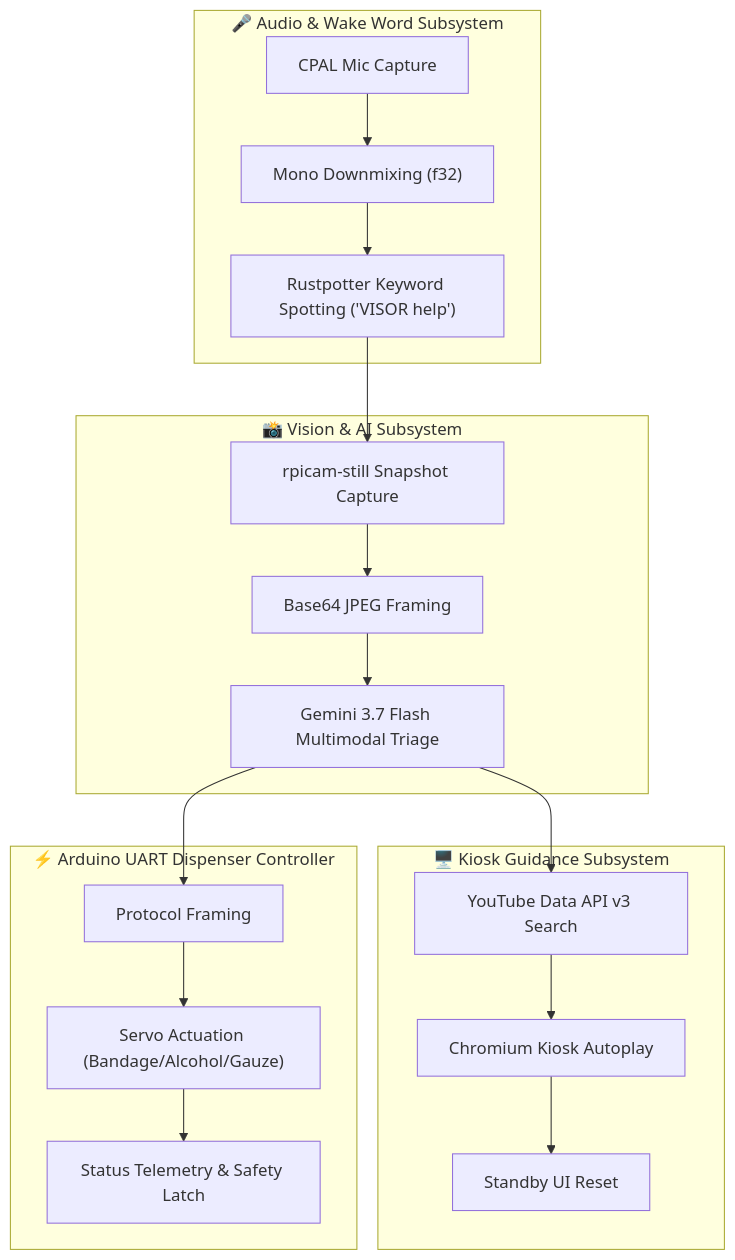
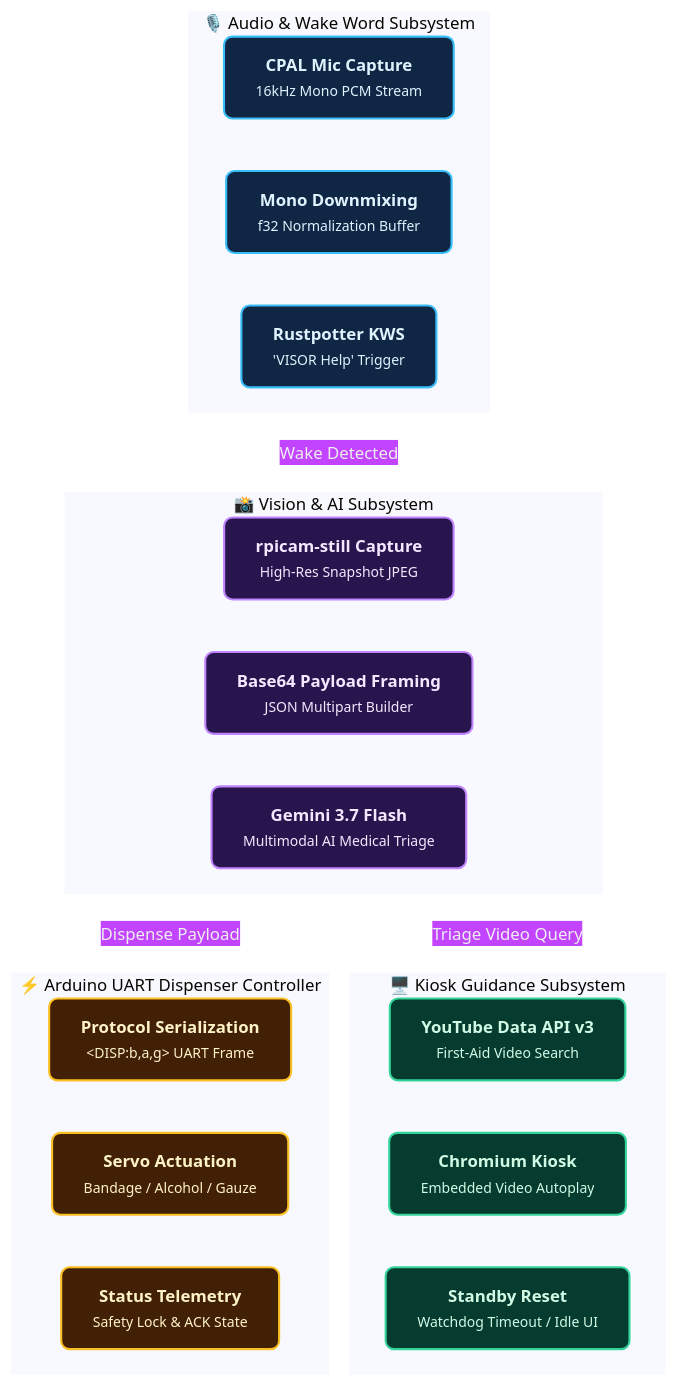
Before and after one commit to Apoo711/visor-project: the second of 3 diagrams in tests/TEST_REPORT.md, drawn with Mermaid. The commit also changed other lines of this file and 1 other file, not shown here.

Commit message:
Make charts look better

````diff
--- a/tests/TEST_REPORT.md
+++ b/tests/TEST_REPORT.md
@@ -35,26 +36,40 @@
 ```mermaid
+%%{init: {'theme': 'base', 'themeVariables': { 'darkMode': true, 'background': 'transparent', 'fontFamily': 'ui-sans-serif, system-ui, -apple-system, sans-serif' } } }%%
 flowchart TD
-    subgraph AudioSubsystem ["🎤 Audio & Wake Word Subsystem"]
-        A1["CPAL Mic Capture"] --> A2["Mono Downmixing (f32)"]
-        A2 --> A3["Rustpotter Keyword Spotting ('VISOR help')"]
+    classDef audio fill:#0f2744,stroke:#38bdf8,stroke-width:2px,color:#e0f2fe,rx:8,ry:8
+    classDef vision fill:#28154e,stroke:#c084fc,stroke-width:2px,color:#f3e8ff,rx:8,ry:8
+    classDef display fill:#063b2f,stroke:#34d399,stroke-width:2px,color:#d1fae5,rx:8,ry:8
+    classDef hardware fill:#422006,stroke:#fbbf24,stroke-width:2px,color:#fef3c7,rx:8,ry:8
+
+    subgraph AudioSubsystem ["&nbsp;🎙️ Audio &amp; Wake Word Subsystem&nbsp;"]
+        A1["<b>CPAL Mic Capture</b><br/><small>16kHz Mono PCM Stream</small>"]:::audio
+        A2["<b>Mono Downmixing</b><br/><small>f32 Normalization Buffer</small>"]:::audio
+        A3["<b>Rustpotter KWS</b><br/><small>'VISOR Help' Trigger</small>"]:::audio
+        A1 --> A2 --> A3
     end
 
-    subgraph VisionSubsystem ["📸 Vision & AI Subsystem"]
-        B1["rpicam-still Snapshot Capture"] --> B2["Base64 JPEG Framing"]
-        B2 --> B3["Gemini 3.7 Flash Multimodal Triage"]
+    subgraph VisionSubsystem ["&nbsp;📸 Vision &amp; AI Subsystem&nbsp;"]
+        B1["<b>rpicam-still Capture</b><br/><small>High-Res Snapshot JPEG</small>"]:::vision
+        B2["<b>Base64 Payload Framing</b><br/><small>JSON Multipart Builder</small>"]:::vision
+        B3["<b>Gemini 3.7 Flash</b><br/><small>Multimodal AI Medical Triage</small>"]:::vision
+        B1 --> B2 --> B3
     end
 
-    subgraph DisplaySubsystem ["🖥️ Kiosk Guidance Subsystem"]
-        C1["YouTube Data API v3 Search"] --> C2["Chromium Kiosk Autoplay"]
-        C2 --> C3["Standby UI Reset"]
+    subgraph DisplaySubsystem ["&nbsp;🖥️ Kiosk Guidance Subsystem&nbsp;"]
+        C1["<b>YouTube Data API v3</b><br/><small>First-Aid Video Search</small>"]:::display
+        C2["<b>Chromium Kiosk</b><br/><small>Embedded Video Autoplay</small>"]:::display
+        C3["<b>Standby Reset</b><br/><small>Watchdog Timeout / Idle UI</small>"]:::display
+        C1 --> C2 --> C3
     end
 
-    subgraph HardwareBridge ["⚡ Arduino UART Dispenser Controller"]
-        D1["<DISP:b,a,g> Protocol Framing"] --> D2["Servo Actuation (Bandage/Alcohol/Gauze)"]
-        D2 --> D3["Status Telemetry & Safety Latch"]
+    subgraph HardwareBridge ["&nbsp;⚡ Arduino UART Dispenser Controller&nbsp;"]
+        D1["<b>Protocol Serialization</b><br/><small>&lt;DISP:b,a,g&gt; UART Frame</small>"]:::hardware
+        D2["<b>Servo Actuation</b><br/><small>Bandage / Alcohol / Gauze</small>"]:::hardware
+        D3["<b>Status Telemetry</b><br/><small>Safety Lock &amp; ACK State</small>"]:::hardware
+        D1 --> D2 --> D3
     end
 
-    A3 --> B1
-    B3 --> C1
-    B3 --> D1
+    A3 ==>|"Wake Detected"| B1
+    B3 ==>|"Triage Video Query"| C1
+    B3 ==>|"Dispense Payload"| D1
 ```
````
